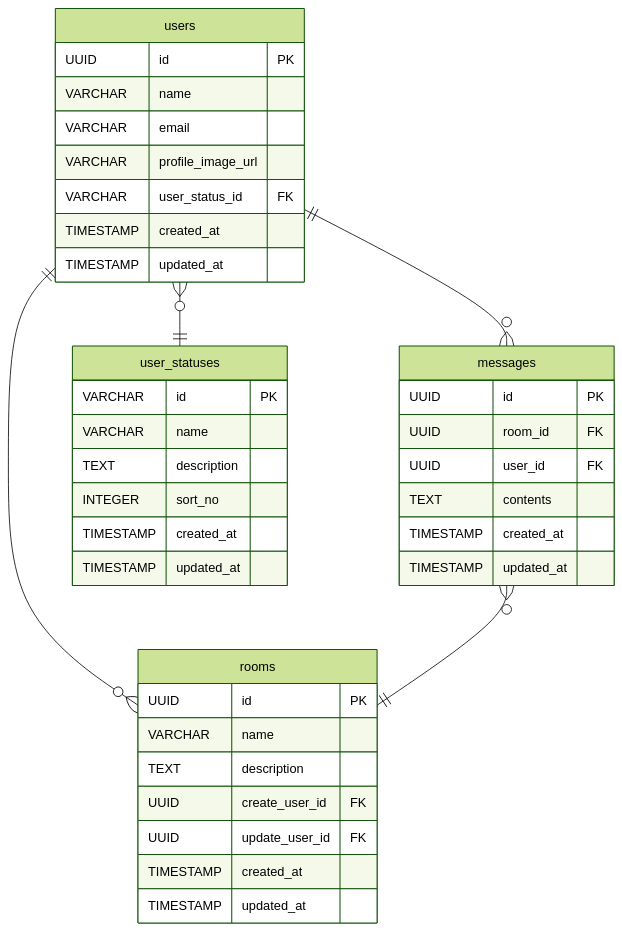
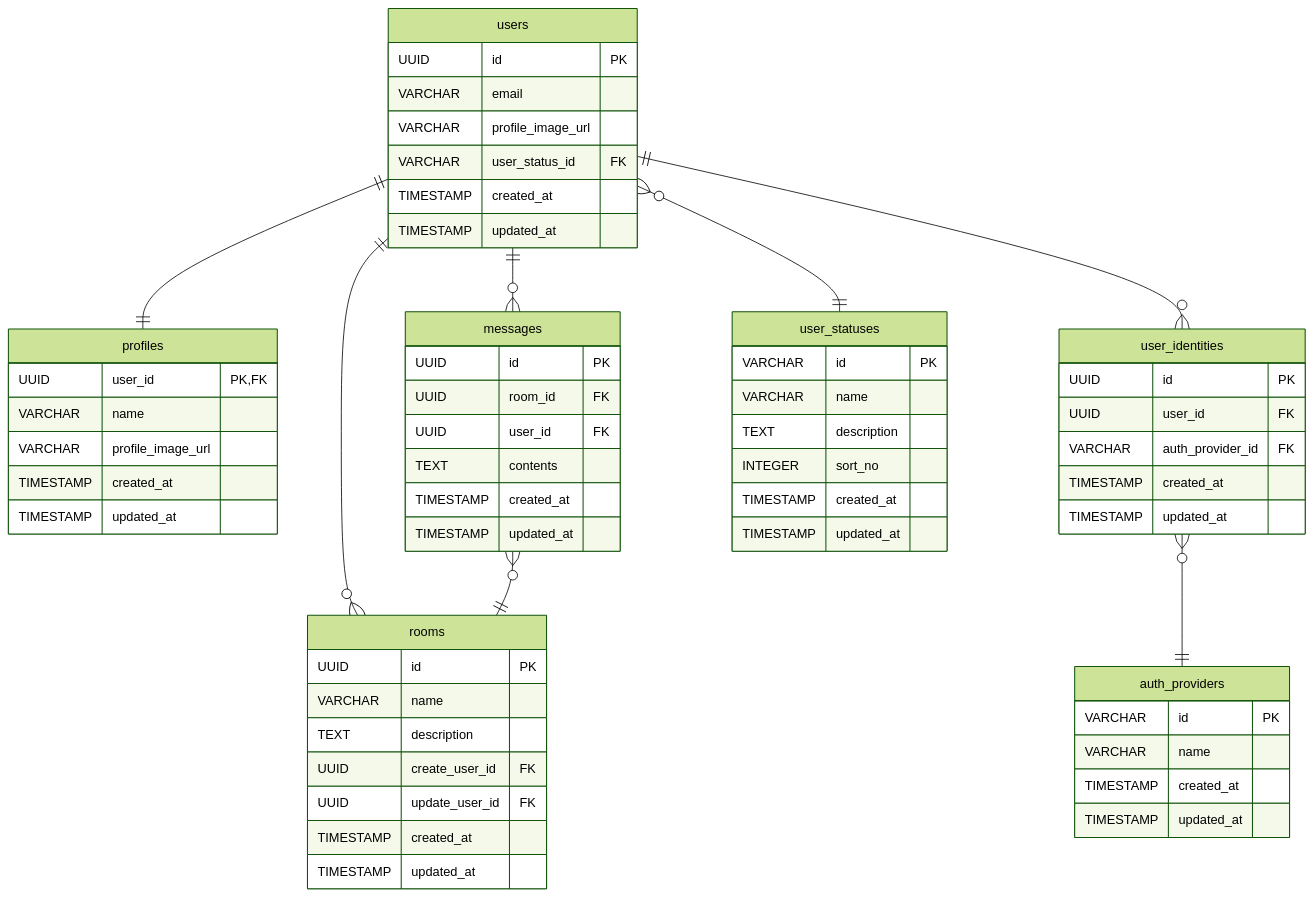
Before and after one commit to masuoka-hcompany/chat-app: the diagram in docs/DB設計/DB設計.md, drawn with Mermaid (forest theme). The commit also changed other lines of this file, not shown here.

Commit message:
DB設計の更新

````diff
--- a/docs/DB設計/DB設計.md
+++ b/docs/DB設計/DB設計.md
@@ -94,47 +118,72 @@
 ```mermaid
 erDiagram
   %% リレーション定義
+  users 1--1 profiles : ""
   users 1--0+ messages : ""
   users 1--0+ rooms : ""
+  users 1--0+ user_identities : ""
+  user_identities 0+--1 auth_providers : ""
   users 0+--1 user_statuses : ""
   messages 0+--1 rooms : ""
 
   users {
     UUID id PK
-    VARCHAR name
     VARCHAR email
     VARCHAR profile_image_url
     VARCHAR user_status_id FK
+    TIMESTAMP created_at
+    TIMESTAMP updated_at
+  }
+
+  profiles {
+    UUID user_id PK,FK
+    VARCHAR name
+    VARCHAR profile_image_url
     TIMESTAMP created_at
     TIMESTAMP updated_at
   }
 
   user_statuses {
     VARCHAR id PK
     VARCHAR name
     TEXT description
     INTEGER sort_no
+    TIMESTAMP created_at
+    TIMESTAMP updated_at
+  }
+
+  user_identities {
+    UUID id PK
+    UUID user_id FK
+    VARCHAR auth_provider_id FK
+    TIMESTAMP created_at
+    TIMESTAMP updated_at
+  }
+
+  auth_providers {
+    VARCHAR id PK
+    VARCHAR name
     TIMESTAMP created_at
     TIMESTAMP updated_at
   }
 
   rooms {
     UUID id PK
     VARCHAR name
     TEXT description
     UUID create_user_id FK
     UUID update_user_id FK
     TIMESTAMP created_at
     TIMESTAMP updated_at
   }
 
   messages {
     UUID id PK
     UUID room_id FK
     UUID user_id FK
     TEXT contents
     TIMESTAMP created_at
     TIMESTAMP updated_at
   }
 
 ```
````
